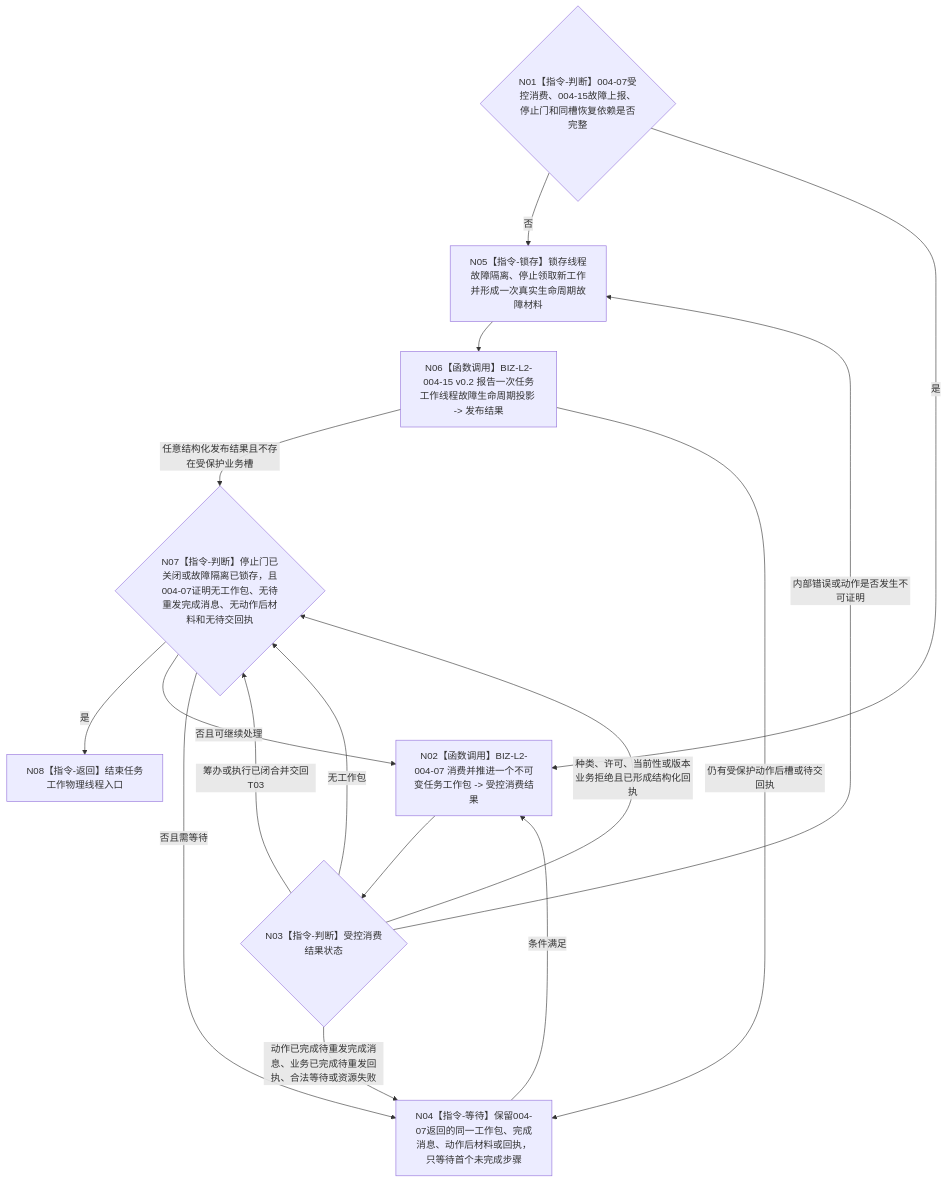
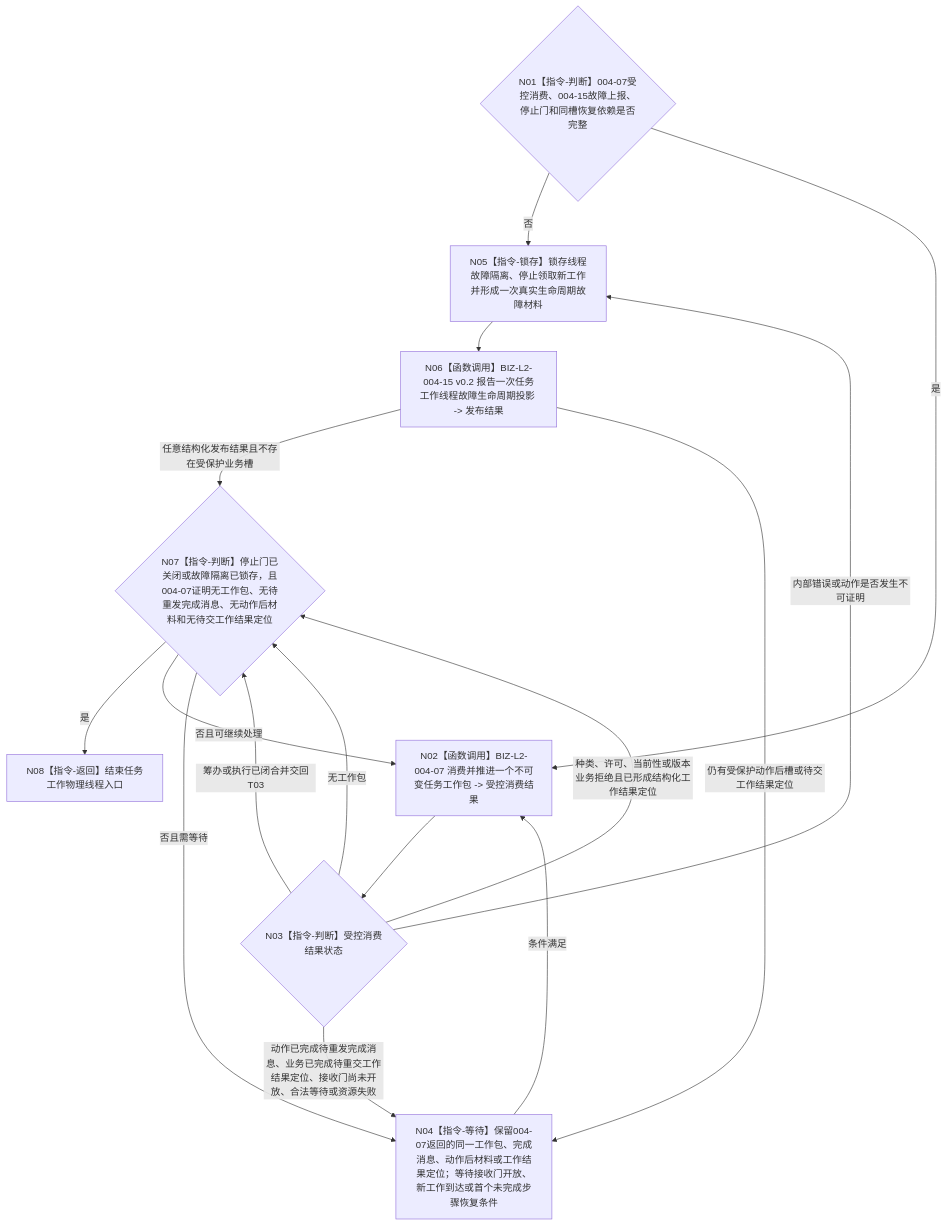
The diagram in 流程图/目标业务流程图/BIZ-L1-T04_任务工作线程工作包循环_目标函数流程图_v0.3.md (chunhaizh-cyber/HY-Ego), drawn with Mermaid before and after one commit. The commit also changed other lines of this file and 4 other files, not shown here.

Commit message:
docs(flowchart): 校正T04接收门与结果定位

````diff
--- a/流程图/目标业务流程图/BIZ-L1-T04_任务工作线程工作包循环_目标函数流程图_v0.3.md
+++ b/流程图/目标业务流程图/BIZ-L1-T04_任务工作线程工作包循环_目标函数流程图_v0.3.md
@@ -41,26 +41,26 @@
 ```mermaid
 flowchart TD
     N01{"N01【指令-判断】004-07受控消费、004-15故障上报、停止门和同槽恢复依赖是否完整"}
     N02["N02【函数调用】BIZ-L2-004-07 消费并推进一个不可变任务工作包 -> 受控消费结果"]
     N03{"N03【指令-判断】受控消费结果状态"}
-    N04["N04【指令-等待】保留004-07返回的同一工作包、完成消息、动作后材料或回执，只等待首个未完成步骤"]
+    N04["N04【指令-等待】保留004-07返回的同一工作包、完成消息、动作后材料或工作结果定位；等待接收门开放、新工作到达或首个未完成步骤恢复条件"]
     N05["N05【指令-锁存】锁存线程故障隔离、停止领取新工作并形成一次真实生命周期故障材料"]
     N06["N06【函数调用】BIZ-L2-004-15 v0.2 报告一次任务工作线程故障生命周期投影 -> 发布结果"]
-    N07{"N07【指令-判断】停止门已关闭或故障隔离已锁存，且004-07证明无工作包、无待重发完成消息、无动作后材料和无待交回执"}
+    N07{"N07【指令-判断】停止门已关闭或故障隔离已锁存，且004-07证明无工作包、无待重发完成消息、无动作后材料和无待交工作结果定位"}
     N08["N08【指令-返回】结束任务工作物理线程入口"]
 
     N01 -->|否| N05
     N01 -->|是| N02 --> N03
     N03 -->|筹办或执行已闭合并交回T03| N07
     N03 -->|无工作包| N07
-    N03 -->|动作已完成待重发完成消息、业务已完成待重发回执、合法等待或资源失败| N04
-    N03 -->|种类、许可、当前性或版本业务拒绝且已形成结构化回执| N07
+    N03 -->|动作已完成待重发完成消息、业务已完成待重交工作结果定位、接收门尚未开放、合法等待或资源失败| N04
+    N03 -->|种类、许可、当前性或版本业务拒绝且已形成结构化工作结果定位| N07
     N03 -->|内部错误或动作是否发生不可证明| N05
     N04 -->|条件满足| N02
     N05 --> N06
     N06 -->|任意结构化发布结果且不存在受保护业务槽| N07
-    N06 -->|仍有受保护动作后槽或待交回执| N04
+    N06 -->|仍有受保护动作后槽或待交工作结果定位| N04
     N07 -->|是| N08
     N07 -->|否且可继续处理| N02
     N07 -->|否且需等待| N04
 ```
````
